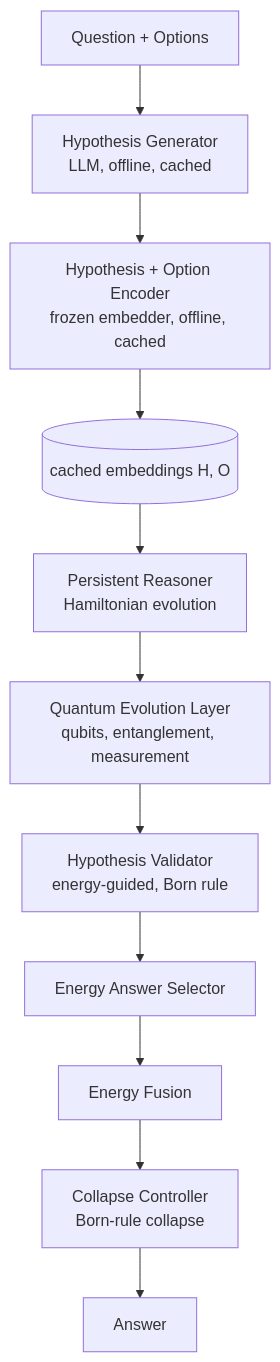
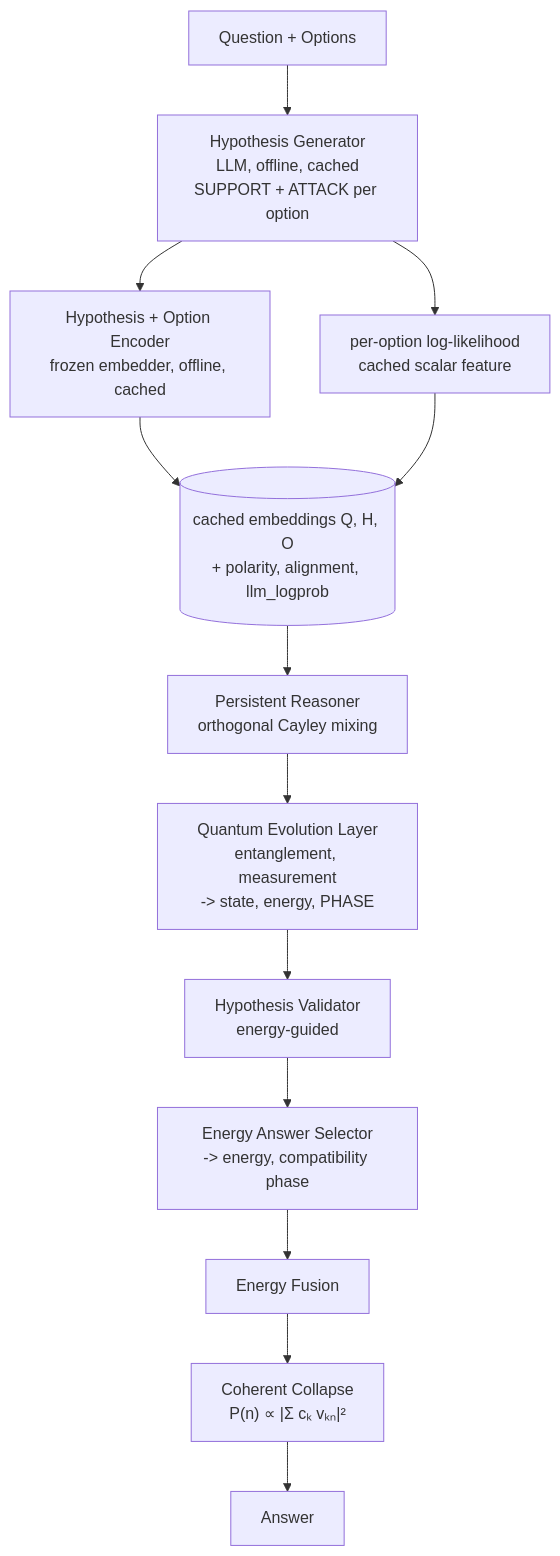
One commit to Thorfast191/qAIR-CSE499B changed the first of 7 diagrams in README.md. Above: the diagram before and after it, drawn with Mermaid. The commit also changed other lines of this file and 25 other files, not shown here.

````diff
--- a/README.md
+++ b/README.md
@@ -198,13 +262,15 @@
 ```mermaid
 flowchart TD
-    Q["Question + Options"] --> GEN["Hypothesis Generator<br/>LLM, offline, cached"]
+    Q["Question + Options"] --> GEN["Hypothesis Generator<br/>LLM, offline, cached<br/>SUPPORT + ATTACK per option"]
     GEN --> ENC["Hypothesis + Option Encoder<br/>frozen embedder, offline, cached"]
-    ENC --> CACHE[("cached embeddings H, O")]
-    CACHE --> PR["Persistent Reasoner<br/>Hamiltonian evolution"]
-    PR --> QL["Quantum Evolution Layer<br/>qubits, entanglement, measurement"]
-    QL --> VAL["Hypothesis Validator<br/>energy-guided, Born rule"]
-    VAL --> SEL["Energy Answer Selector"]
+    GEN --> LP["per-option log-likelihood<br/>cached scalar feature"]
+    ENC --> CACHE[("cached embeddings Q, H, O<br/>+ polarity, alignment, llm_logprob")]
+    LP --> CACHE
+    CACHE --> PR["Persistent Reasoner<br/>orthogonal Cayley mixing"]
+    PR --> QL["Quantum Evolution Layer<br/>entanglement, measurement<br/>-> state, energy, PHASE"]
+    QL --> VAL["Hypothesis Validator<br/>energy-guided"]
+    VAL --> SEL["Energy Answer Selector<br/>-> energy, compatibility phase"]
     SEL --> FUS["Energy Fusion"]
-    FUS --> COL["Collapse Controller<br/>Born-rule collapse"]
+    FUS --> COL["Coherent Collapse<br/>P(n) ∝ |Σ cₖ vₖₙ|²"]
     COL --> ANS["Answer"]
 ```
````
